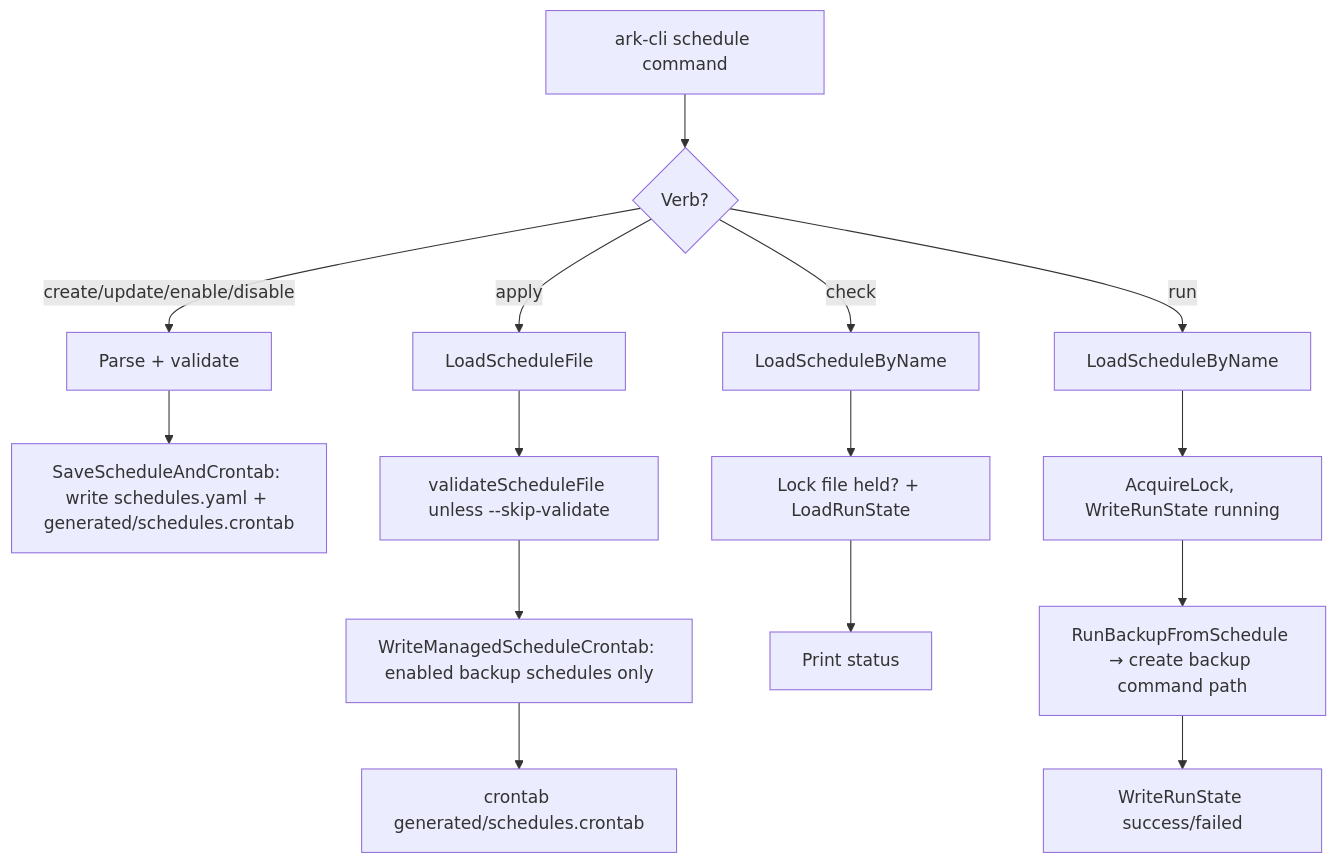
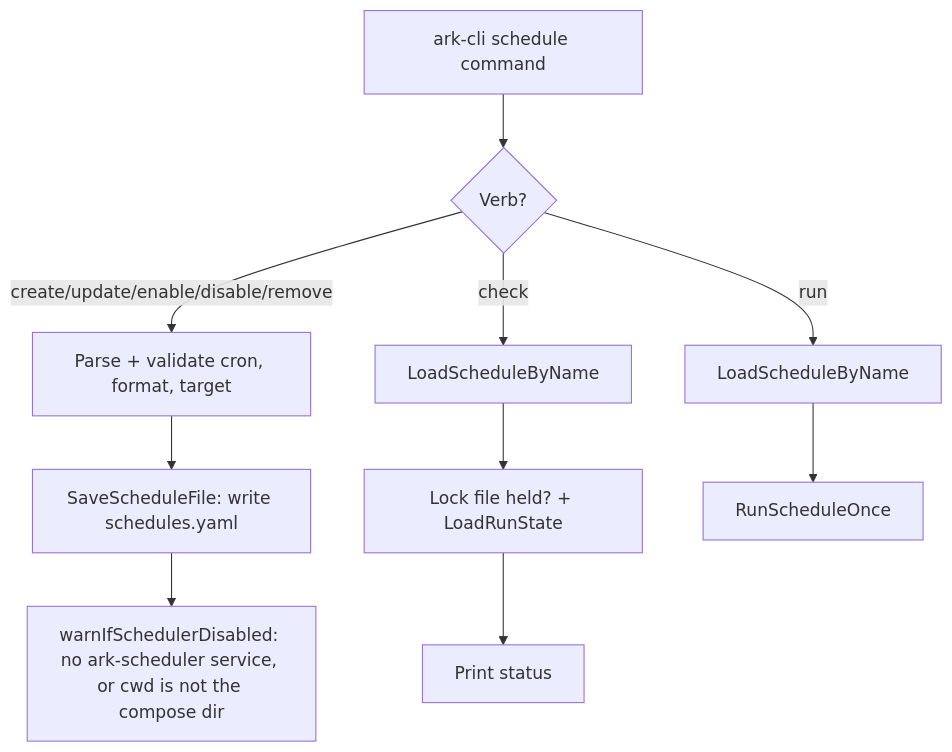
The tenth of 13 diagrams in docs/dev/reference/runtime-call-graph.md (bryanwieg/arkascended-server), drawn with Mermaid before and after one commit. The commit also changed other lines of this file and 116 other files, not shown here.

Commit message:
feat(scheduler)!: compose scheduler service with health monitor, replacing host cron (#42)

````diff
--- a/docs/dev/reference/runtime-call-graph.md
+++ b/docs/dev/reference/runtime-call-graph.md
@@ -274,21 +275,15 @@
 ```mermaid
 flowchart TD
     A[ark-cli schedule command] --> B{Verb?}
 
-    B -->|"create/update/enable/disable"| C[Parse + validate]
-    C --> E[SaveScheduleAndCrontab: write schedules.yaml + generated/schedules.crontab]
-
-    B -->|"apply"| F[LoadScheduleFile]
-    F --> G[validateScheduleFile unless --skip-validate]
-    G --> H[WriteManagedScheduleCrontab: enabled backup schedules only]
-    H --> J[crontab generated/schedules.crontab]
+    B -->|"create/update/enable/disable/remove"| C[Parse + validate cron, format, target]
+    C --> E[SaveScheduleFile: write schedules.yaml]
+    E --> E1[warnIfSchedulerDisabled: no ark-scheduler service, or cwd is not the compose dir]
 
     B -->|"check"| K[LoadScheduleByName]
     K --> L[Lock file held? + LoadRunState]
     L --> M[Print status]
 
     B -->|"run"| N[LoadScheduleByName]
-    N --> O[AcquireLock, WriteRunState running]
-    O --> P[RunBackupFromSchedule → create backup command path]
-    P --> Q[WriteRunState success/failed]
+    N --> O[RunScheduleOnce]
 ```
````
